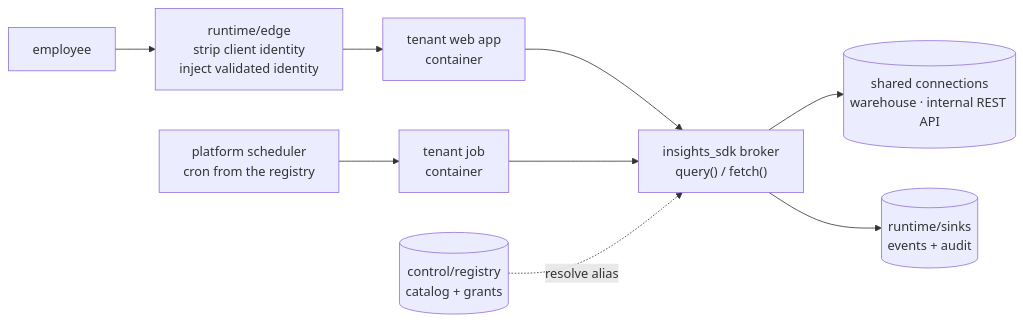
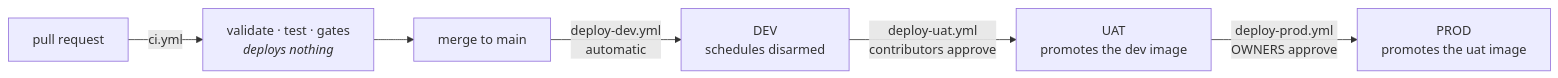
The sixth of 8 diagrams in docs/ARCHITECTURE.md (KRISHNABR/insights-platform), drawn with Mermaid before and after one commit. The commit also changed other lines of this file and 12 other files, not shown here.

````diff
--- a/docs/ARCHITECTURE.md
+++ b/docs/ARCHITECTURE.md
@@ -66,11 +566,8 @@
 ```mermaid
 flowchart LR
-  U["employee"] --> E["runtime/edge<br/>strip client identity<br/>inject validated identity"]
-  C["platform scheduler<br/>cron from the registry"] --> J["tenant job<br/>container"]
-  E --> W["tenant web app<br/>container"]
-  W --> SDK["insights_sdk broker<br/>query() / fetch()"]
-  J --> SDK
-  REG[("control/registry<br/>catalog + grants")] -.->|"resolve alias"| SDK
-  SDK --> DATA[("shared connections<br/>warehouse · internal REST API")]
-  SDK --> SINK[("runtime/sinks<br/>events + audit")]
+  PR["pull request"] -->|"ci.yml"| CI["validate · test · gates<br/><i>deploys nothing</i>"]
+  CI --> M["merge to main"]
+  M -->|"deploy-dev.yml<br/>automatic"| DEV["DEV<br/>schedules disarmed"]
+  DEV -->|"deploy-uat.yml<br/>contributors approve"| UAT["UAT<br/>promotes the dev image"]
+  UAT -->|"deploy-prod.yml<br/>OWNERS approve"| PROD["PROD<br/>promotes the uat image"]
 ```
````
